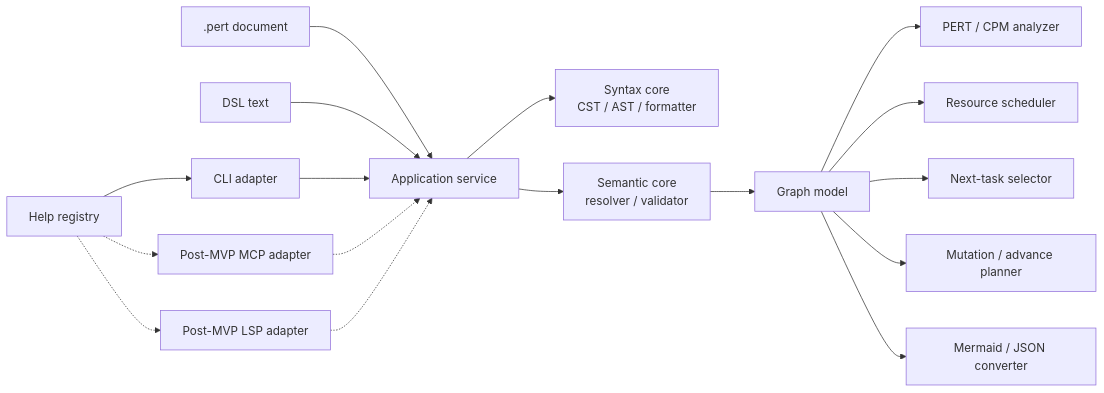
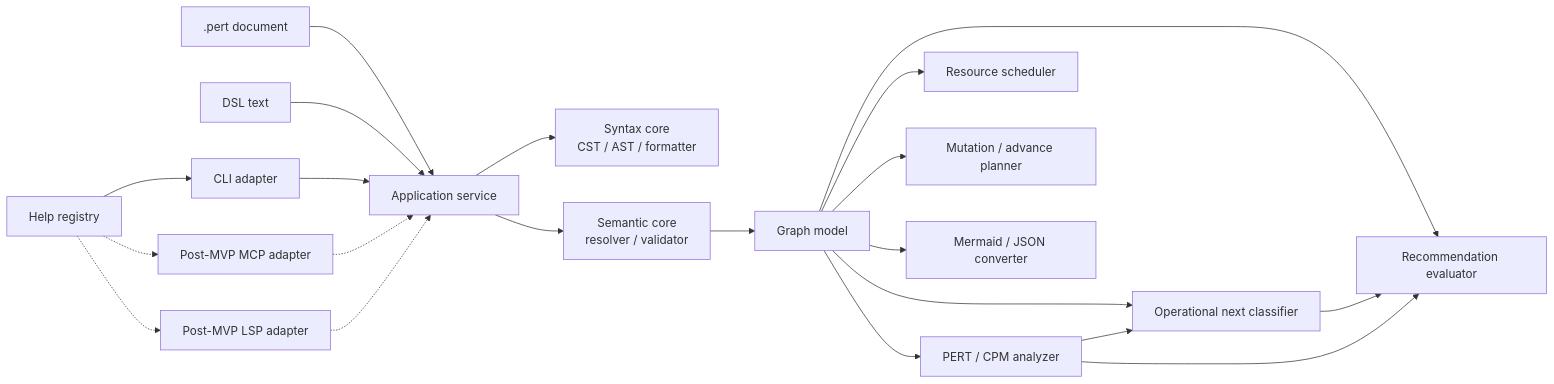
One commit to mako10k/perttool changed the diagram in docs/basic-design.md. Above: the diagram before and after it, drawn with Mermaid. The commit also changed other lines of this file and 10 other files, not shown here.

````diff
--- a/docs/basic-design.md
+++ b/docs/basic-design.md
@@ -62,22 +63,26 @@
 ```mermaid
 flowchart LR
   FILE[.pert document] --> APP[Application service]
   TEXT[DSL text] --> APP
 
   APP --> SYNTAX[Syntax core<br/>CST / AST / formatter]
   APP --> SEMANTIC[Semantic core<br/>resolver / validator]
   SEMANTIC --> GRAPH[Graph model]
   GRAPH --> ANALYZER[PERT / CPM analyzer]
   GRAPH --> SCHEDULER[Resource scheduler]
-  GRAPH --> NEXT[Next-task selector]
+  GRAPH --> NEXT[Operational next classifier]
+  ANALYZER --> NEXT
+  GRAPH --> RECOMMEND[Recommendation evaluator]
+  NEXT --> RECOMMEND
+  ANALYZER --> RECOMMEND
   GRAPH --> TRANSFORM[Mutation / advance planner]
   GRAPH --> CONVERTER[Mermaid / JSON converter]
 
   CLI[CLI adapter] --> APP
   MCP[Post-MVP MCP adapter] -.-> APP
   LSP[Post-MVP LSP adapter] -.-> APP
 
   HELP[Help registry] --> CLI
   HELP -.-> MCP
   HELP -.-> LSP
 ```
````
